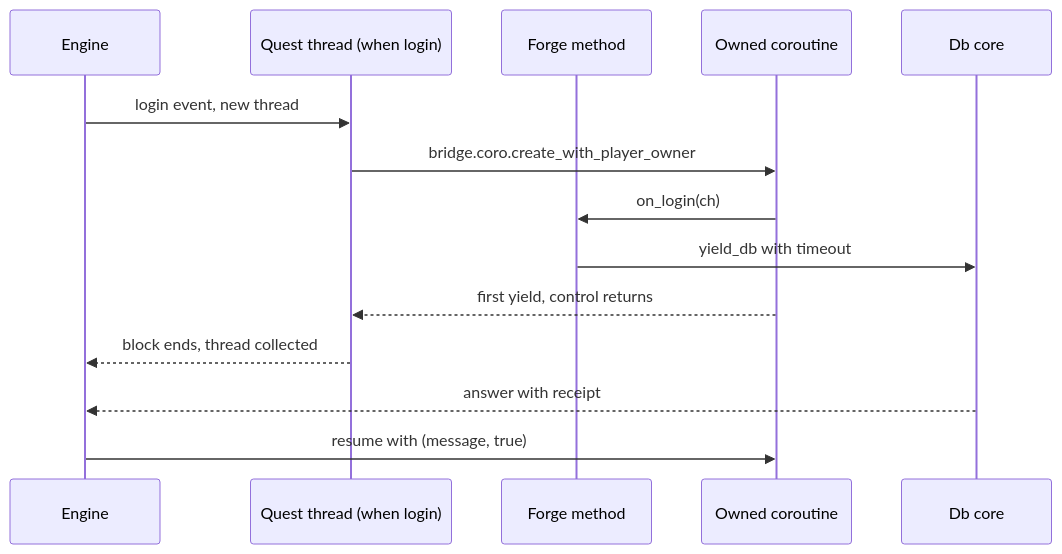
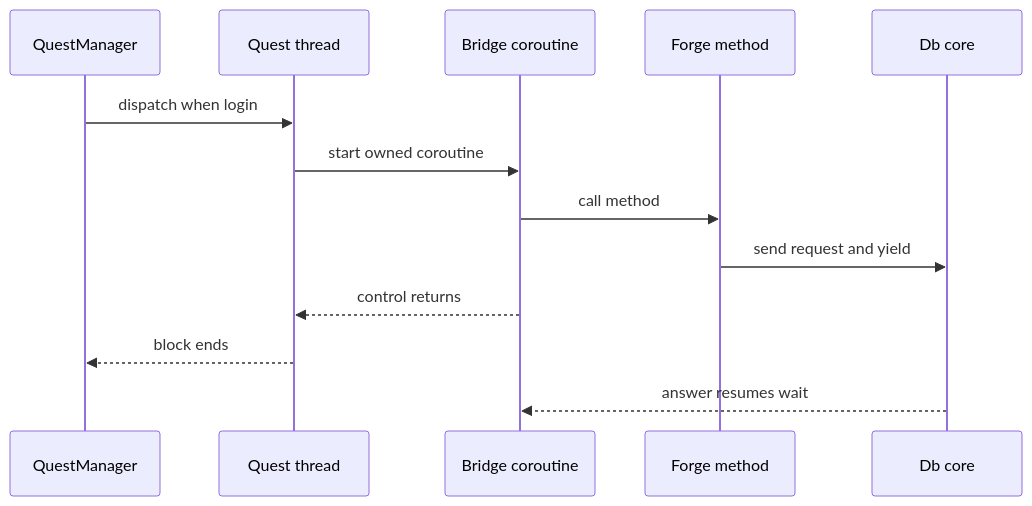
The first of 2 diagrams in foundations/luna/forge.md (universal-core/website), drawn with Mermaid before and after one commit. The commit also changed other lines of this file and 163 other files, not shown here.

````diff
--- a/foundations/luna/forge.md
+++ b/foundations/luna/forge.md
@@ -188,16 +32,15 @@
 ```mermaid
 sequenceDiagram
-    participant E as Engine
-    participant Q as Quest thread (when login)
+    participant Q as QuestManager
+    participant T as Quest thread
+    participant C as Bridge coroutine
     participant F as Forge method
-    participant C as Owned coroutine
     participant D as Db core
-    E->>Q: login event, new thread
-    Q->>C: bridge.coro.create_with_player_owner
-    C->>F: on_login(ch)
-    F->>D: yield_db with timeout
-    C-->>Q: first yield, control returns
-    Q-->>E: block ends, thread collected
-    D-->>E: answer with receipt
-    E->>C: resume with (message, true)
+    Q->>T: dispatch when login
+    T->>C: start owned coroutine
+    C->>F: call method
+    F->>D: send request and yield
+    C-->>T: control returns
+    T-->>Q: block ends
+    D-->>C: answer resumes wait
 ```
````
